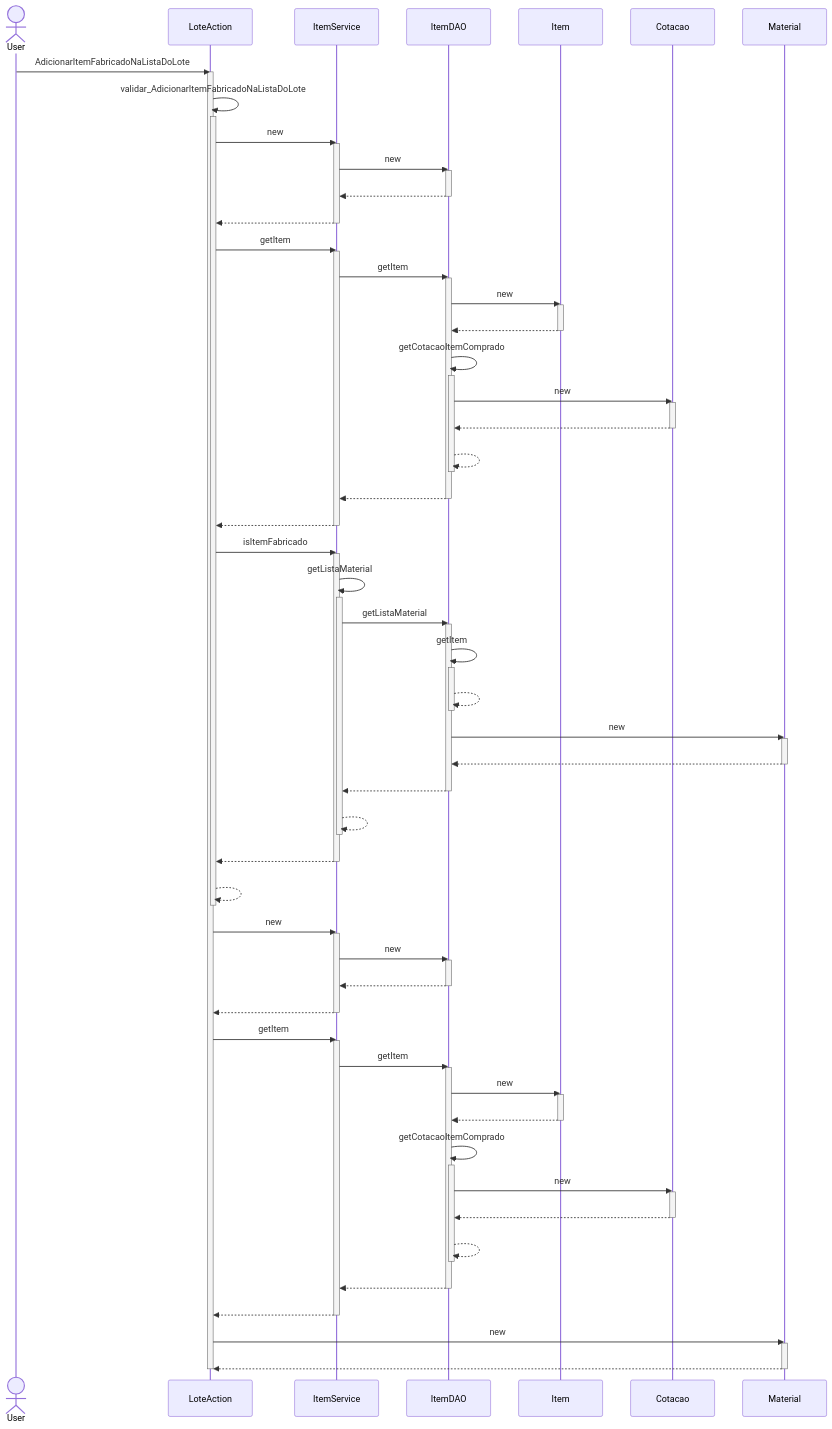
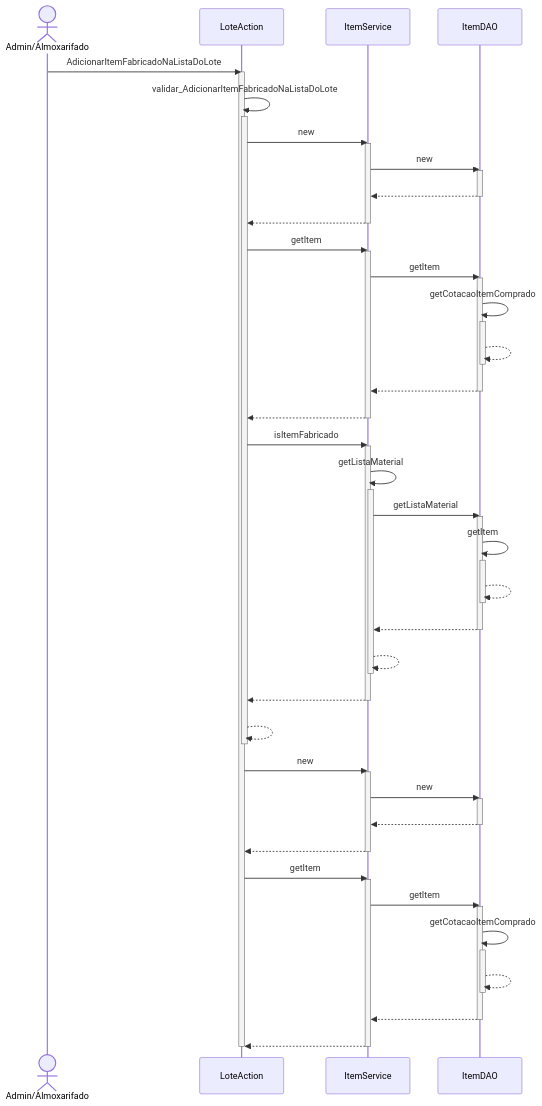
The diagram in DiagramaSequencia/Novo Diagrama Sequencia/Movimentacao/Adicionar Item Fabricado Na Lista Do Lote.mmd (branqsMRP/SequenceDiagram), drawn with Mermaid before and after one commit. The commit also changed 7 other files, not shown here.

```diff
--- a/DiagramaSequencia/Novo Diagrama Sequencia/Movimentacao/Adicionar Item Fabricado Na Lista Do Lote.mmd
+++ b/DiagramaSequencia/Novo Diagrama Sequencia/Movimentacao/Adicionar Item Fabricado Na Lista Do Lote.mmd
@@ -1,89 +1,65 @@
 sequenceDiagram
-actor User
-User ->> LoteAction : AdicionarItemFabricadoNaListaDoLote
+actor AA as Admin/Almoxarifado
+AA ->> LoteAction : AdicionarItemFabricadoNaListaDoLote
 activate LoteAction
 LoteAction ->> LoteAction : validar_AdicionarItemFabricadoNaListaDoLote
 activate LoteAction
 LoteAction ->> ItemService : new
 activate ItemService
 ItemService ->> ItemDAO : new
 activate ItemDAO
 ItemDAO -->> ItemService : #32; 
 deactivate ItemDAO
 ItemService -->> LoteAction : #32; 
 deactivate ItemService
 LoteAction ->> ItemService : getItem
 activate ItemService
 ItemService ->> ItemDAO : getItem
 activate ItemDAO
-ItemDAO ->> Item : new
-activate Item
-Item -->> ItemDAO : #32; 
-deactivate Item
 ItemDAO ->> ItemDAO : getCotacaoItemComprado
 activate ItemDAO
-ItemDAO ->> Cotacao : new
-activate Cotacao
-Cotacao -->> ItemDAO : #32; 
-deactivate Cotacao
 ItemDAO -->> ItemDAO : #32; 
 deactivate ItemDAO
 ItemDAO -->> ItemService : #32; 
 deactivate ItemDAO
 ItemService -->> LoteAction : #32; 
 deactivate ItemService
 LoteAction ->> ItemService : isItemFabricado
 activate ItemService
 ItemService ->> ItemService : getListaMaterial
 activate ItemService
 ItemService ->> ItemDAO : getListaMaterial
 activate ItemDAO
 ItemDAO ->> ItemDAO : getItem
 activate ItemDAO
 ItemDAO -->> ItemDAO : #32; 
 deactivate ItemDAO
-ItemDAO ->> Material : new
-activate Material
-Material -->> ItemDAO : #32; 
-deactivate Material
 ItemDAO -->> ItemService : #32; 
 deactivate ItemDAO
 ItemService -->> ItemService : #32; 
 deactivate ItemService
 ItemService -->> LoteAction : #32; 
 deactivate ItemService
 LoteAction -->> LoteAction : #32; 
 deactivate LoteAction
 LoteAction ->> ItemService : new
 activate ItemService
 ItemService ->> ItemDAO : new
 activate ItemDAO
 ItemDAO -->> ItemService : #32; 
 deactivate ItemDAO
 ItemService -->> LoteAction : #32; 
 deactivate ItemService
 LoteAction ->> ItemService : getItem
 activate ItemService
 ItemService ->> ItemDAO : getItem
 activate ItemDAO
-ItemDAO ->> Item : new
-activate Item
-Item -->> ItemDAO : #32; 
-deactivate Item
 ItemDAO ->> ItemDAO : getCotacaoItemComprado
 activate ItemDAO
-ItemDAO ->> Cotacao : new
-activate Cotacao
-Cotacao -->> ItemDAO : #32; 
-deactivate Cotacao
 ItemDAO -->> ItemDAO : #32; 
 deactivate ItemDAO
 ItemDAO -->> ItemService : #32; 
 deactivate ItemDAO
 ItemService -->> LoteAction : #32; 
 deactivate ItemService
-LoteAction ->> Material : new
-activate Material
-Material -->> LoteAction : #32; 
-deactivate Material
 deactivate LoteAction
```
